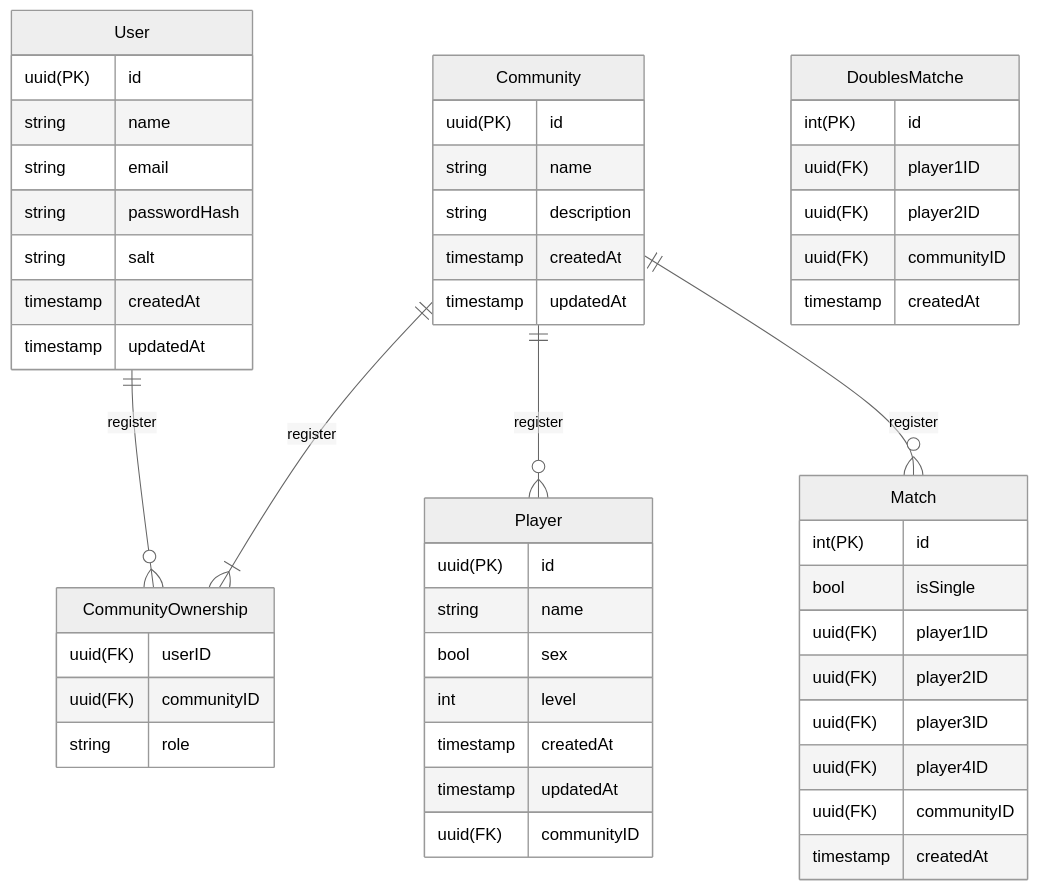
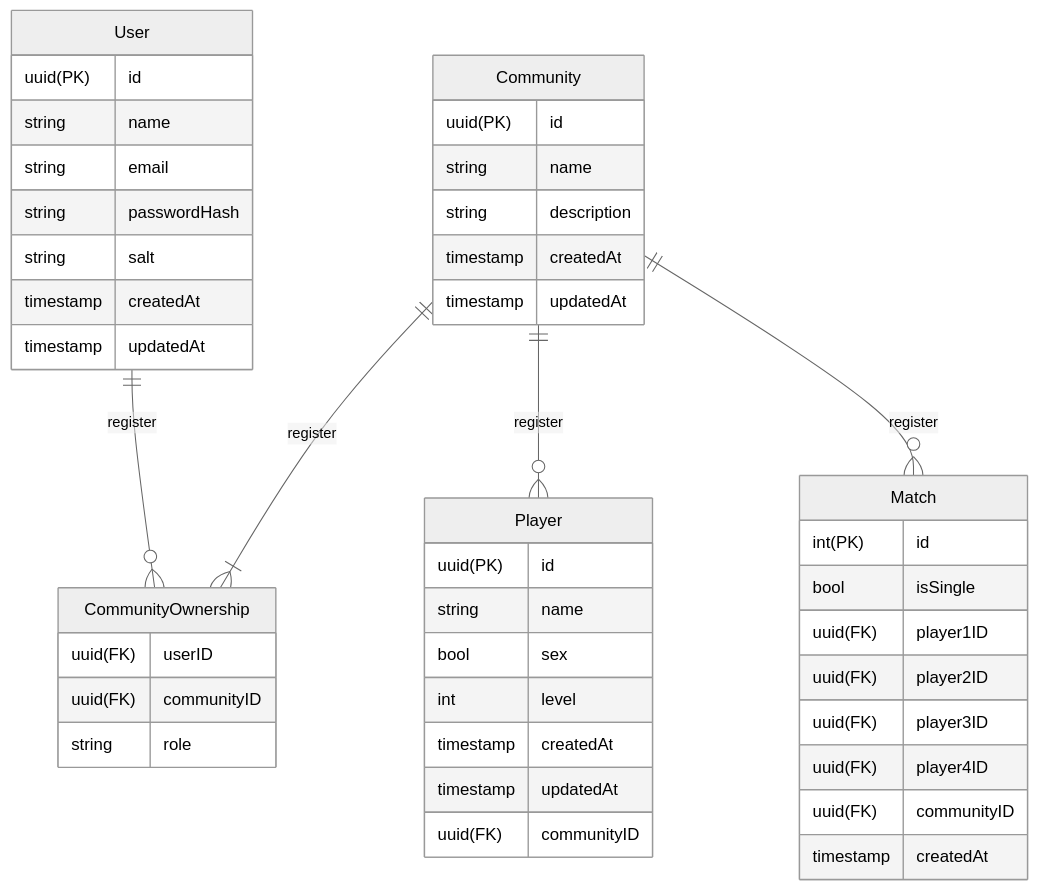
Before and after one commit to takusan2/badminist_backend_practice: the diagram in er_diagram.md, drawn with Mermaid (neutral theme).

````diff
--- a/er_diagram.md
+++ b/er_diagram.md
@@ -1,59 +1,51 @@
 ```mermaid
 erDiagram
     User ||--o{ CommunityOwnership : register
     User {
         uuid(PK) id
         string name
         string email
         string passwordHash
         string salt
         timestamp createdAt
         timestamp updatedAt
     }
 
     CommunityOwnership {
         uuid(FK) userID
         uuid(FK) communityID
         string role
     }
 
     Community ||--|{ CommunityOwnership : register
     Community ||--o{ Player : register
     Community ||--o{ Match : register
     Community {
         uuid(PK) id
         string name
         string description
         timestamp createdAt
         timestamp updatedAt
     }
 
     Player {
         uuid(PK) id
         string name
         bool sex
         int level
         timestamp createdAt
         timestamp updatedAt
         uuid(FK) communityID
     }
 
     Match {
         int(PK) id
         bool isSingle
         uuid(FK) player1ID
         uuid(FK) player2ID
         uuid(FK) player3ID
         uuid(FK) player4ID
         uuid(FK) communityID
         timestamp createdAt
     }
-
-    DoublesMatche {
-        int(PK) id
-        uuid(FK) player1ID
-        uuid(FK) player2ID
-        uuid(FK) communityID
-        timestamp createdAt
-    }
 ```
````
